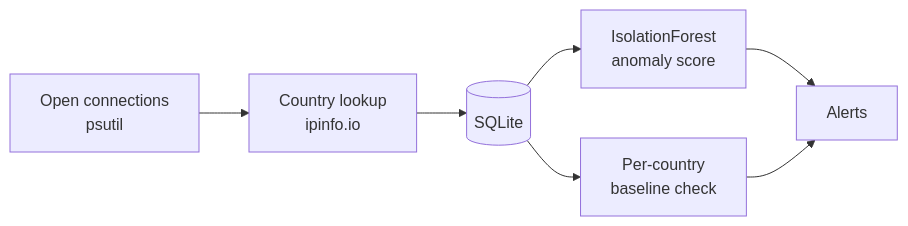
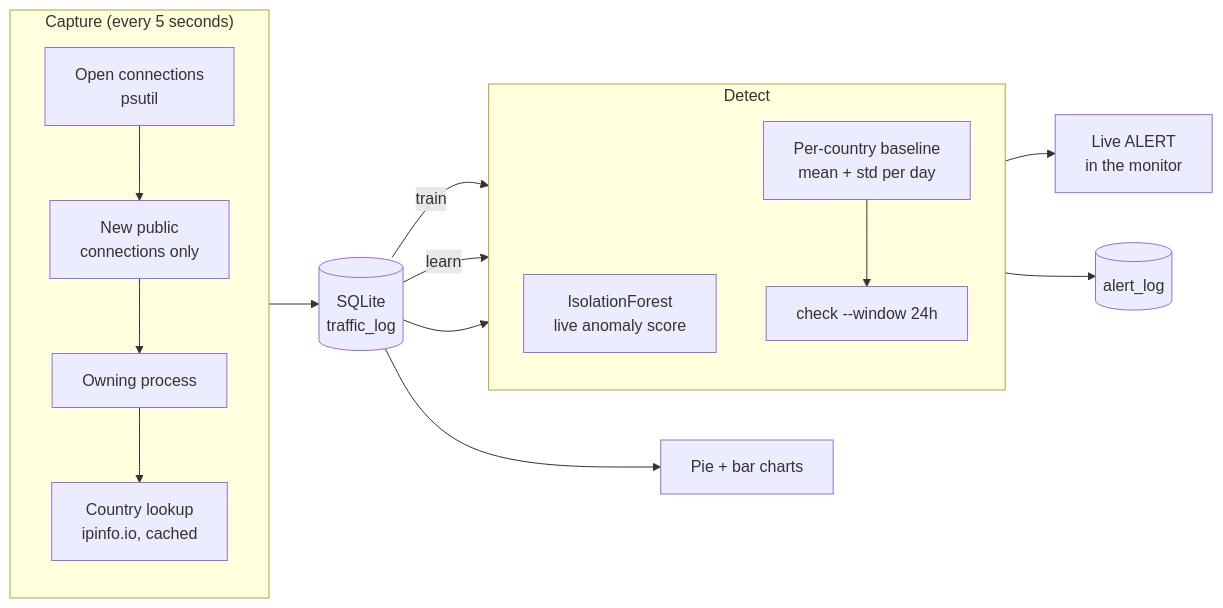
Before and after one commit to prasroku/website: the third of 4 diagrams in docs/projects.md, drawn with Mermaid. The commit also changed other lines of this file and 1 other file, not shown here.

Commit message:
feat: restore detailed RAG write-up, add detailed traffic monitor section, move TOC to left sidebar

````diff
--- a/docs/projects.md
+++ b/docs/projects.md
@@ -44,9 +100,27 @@
 ```mermaid
 flowchart LR
-    Conn[Open connections<br/>psutil] --> Geo[Country lookup<br/>ipinfo.io]
-    Geo --> DB[(SQLite)]
-    DB --> Model[IsolationForest<br/>anomaly score]
-    DB --> Baseline[Per-country<br/>baseline check]
-    Model --> Alert[Alerts]
-    Baseline --> Alert
+    subgraph Capture["Capture (every 5 seconds)"]
+        direction TB
+        Conns[Open connections<br/>psutil] --> New[New public<br/>connections only]
+        New --> Proc[Owning process]
+        Proc --> Geo[Country lookup<br/>ipinfo.io, cached]
+    end
+
+    DB[(SQLite<br/>traffic_log)]
+
+    subgraph Detect["Detect"]
+        direction TB
+        Model[IsolationForest<br/>live anomaly score]
+        Baseline[Per-country baseline<br/>mean + std per day]
+        Check[check --window 24h]
+    end
+
+    Geo --> DB
+    DB -- train --> Model
+    DB -- learn --> Baseline
+    Model --> Live[Live ALERT<br/>in the monitor]
+    Baseline --> Check
+    DB --> Check
+    Check --> Alerts[(alert_log)]
+    DB --> Charts[Pie + bar charts]
 ```
````
